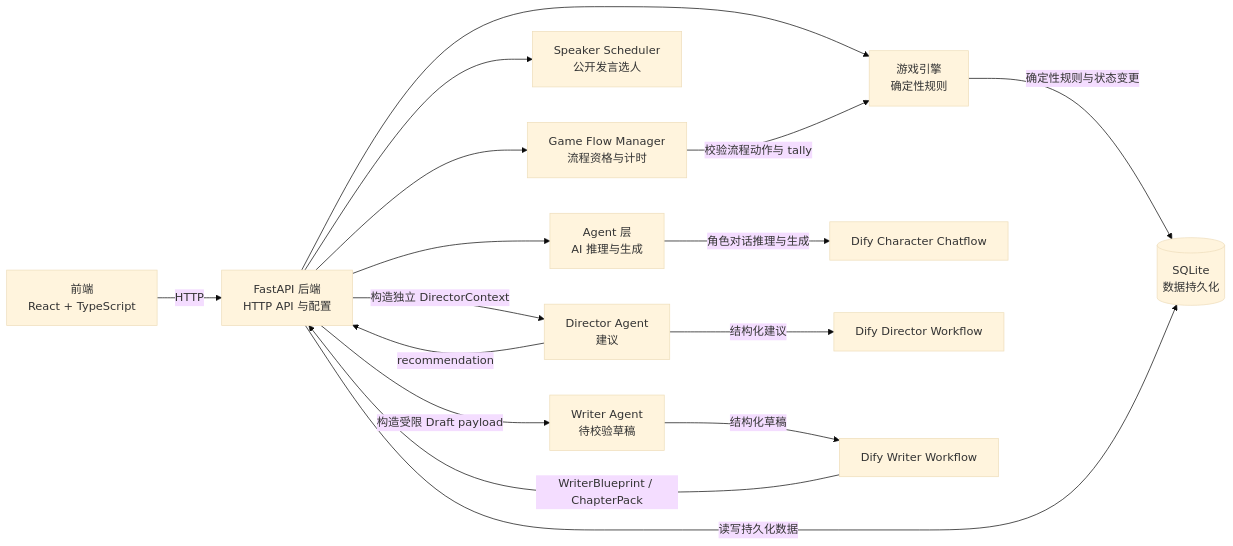
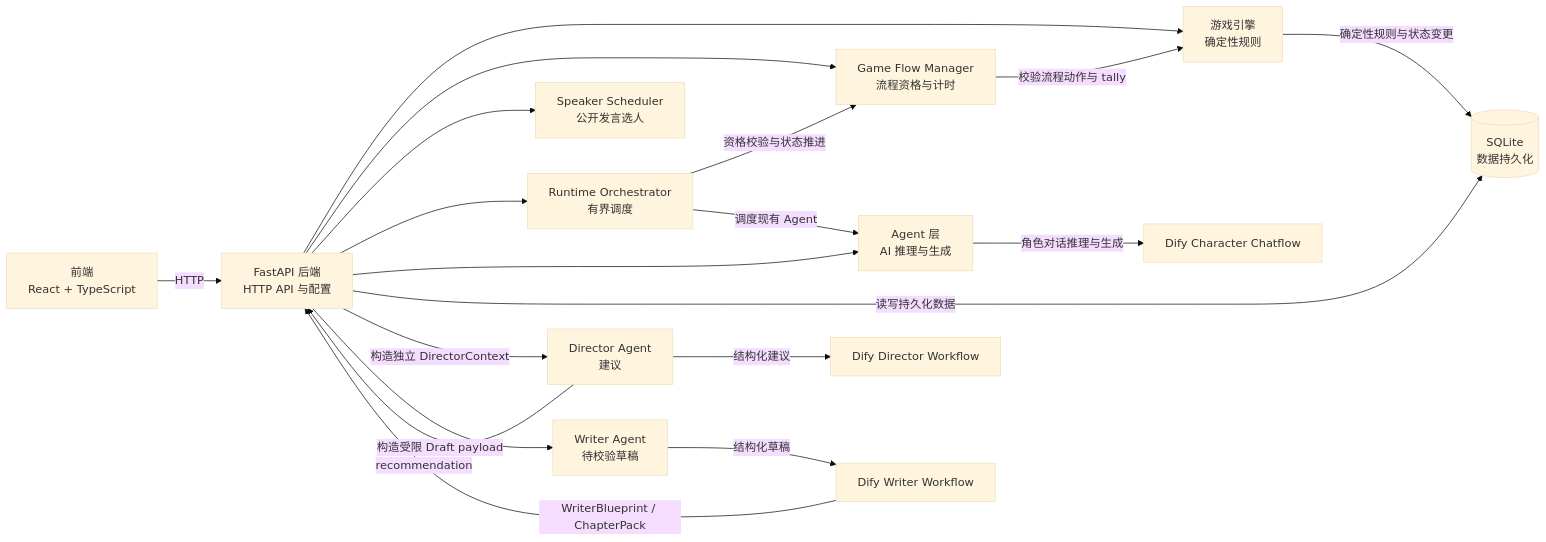
One commit to leerenxunlll/ollama-project changed the first of 9 diagrams in dify-project/docs/architecture.md. Above: the diagram before and after it, drawn with Mermaid (base theme). The commit also changed other lines of this file and 29 other files, not shown here.

````diff
--- a/dify-project/docs/architecture.md
+++ b/dify-project/docs/architecture.md
@@ -5,31 +5,35 @@
 ```mermaid
 flowchart LR
     Frontend[前端<br/>React + TypeScript]
     Backend[FastAPI 后端<br/>HTTP API 与配置]
     Engine[游戏引擎<br/>确定性规则]
     Flow[Game Flow Manager<br/>流程资格与计时]
     Scheduler[Speaker Scheduler<br/>公开发言选人]
+    Runtime[Runtime Orchestrator<br/>有界调度]
     Agents[Agent 层<br/>AI 推理与生成]
     CharacterDify[Dify Character Chatflow]
     DirectorDify[Dify Director Workflow]
     WriterDify[Dify Writer Workflow]
     Director[Director Agent<br/>建议]
     Writer[Writer Agent<br/>待校验草稿]
     Database[(SQLite<br/>数据持久化)]
 
     Frontend -->|HTTP| Backend
     Backend --> Engine
     Backend --> Flow
     Backend --> Scheduler
+    Backend --> Runtime
+    Runtime -->|资格校验与状态推进| Flow
+    Runtime -->|调度现有 Agent| Agents
     Backend --> Agents
     Engine -->|确定性规则与状态变更| Database
     Flow -->|校验流程动作与 tally| Engine
     Backend -->|读写持久化数据| Database
     Agents -->|角色对话推理与生成| CharacterDify
     Backend -->|构造独立 DirectorContext| Director
     Director -->|结构化建议| DirectorDify
     Director -->|recommendation| Backend
     Backend -->|构造受限 Draft payload| Writer
     Writer -->|结构化草稿| WriterDify
     WriterDify -->|WriterBlueprint / ChapterPack| Backend
 ```
````
